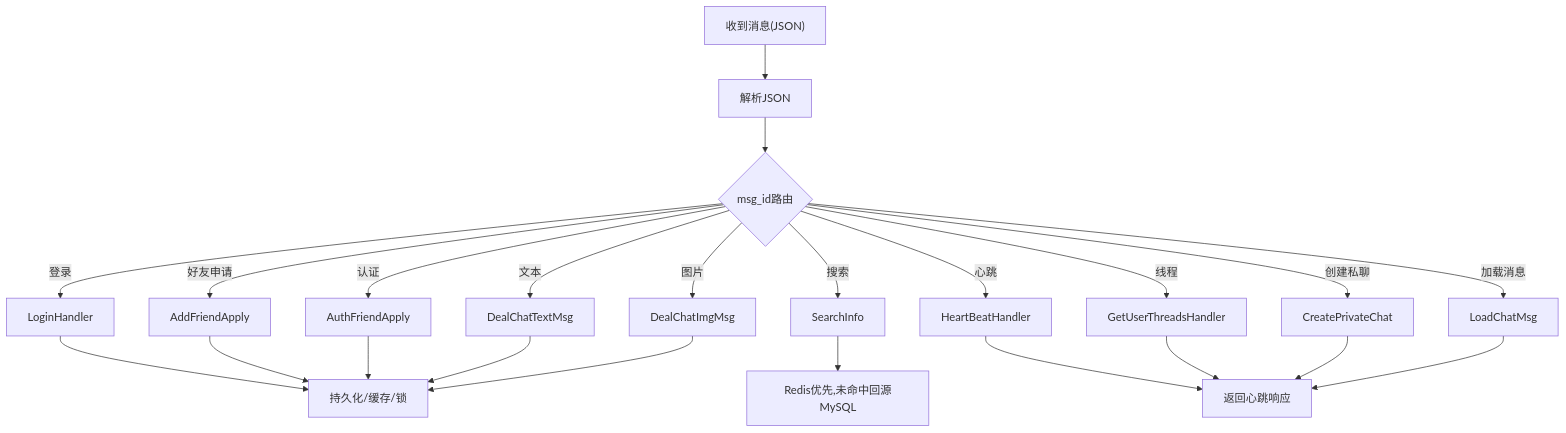
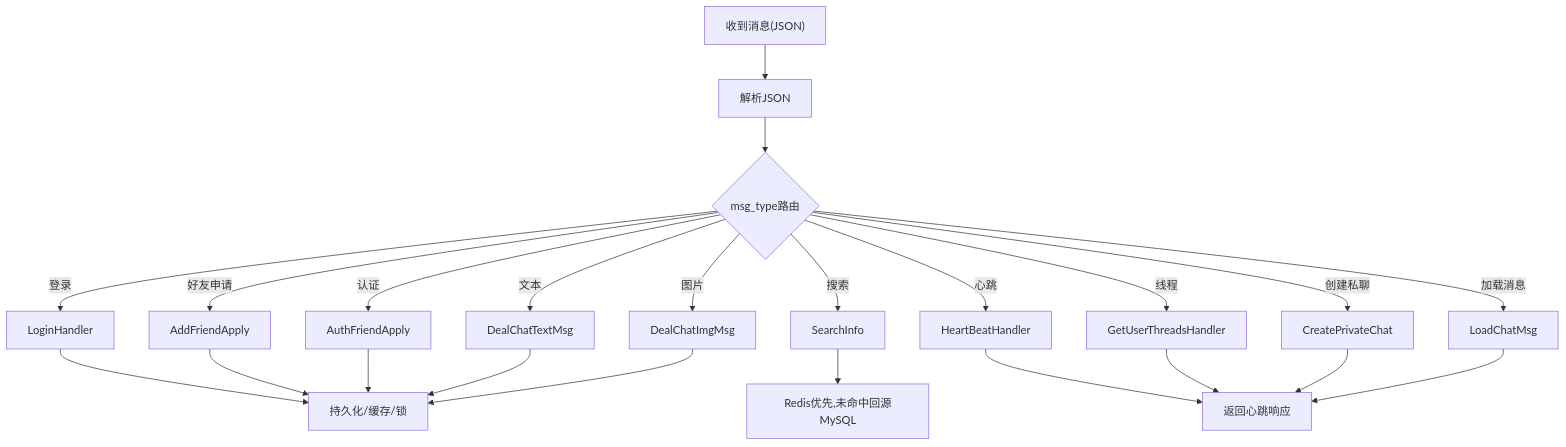
One commit to echo9923/mychatter changed the fifth of 7 diagrams in .qoder/repowiki/zh/content/服务端开发/ChatServer聊天核心服务/业务逻辑系统/业务逻辑系统.md. Above: the diagram before and after it, drawn with Mermaid. The commit also changed other lines of this file and 128 other files, not shown here.

````diff
--- a/.qoder/repowiki/zh/content/服务端开发/ChatServer聊天核心服务/业务逻辑系统/业务逻辑系统.md
+++ b/.qoder/repowiki/zh/content/服务端开发/ChatServer聊天核心服务/业务逻辑系统/业务逻辑系统.md
@@ -239,25 +239,25 @@
 ```mermaid
 flowchart TD
 In["收到消息(JSON)"] --> Parse["解析JSON"]
-Parse --> Route{"msg_id路由"}
+Parse --> Route{"msg_type路由"}
 Route --> |登录| Login["LoginHandler"]
 Route --> |搜索| Search["SearchInfo"]
 Route --> |好友申请| Apply["AddFriendApply"]
 Route --> |认证| Auth["AuthFriendApply"]
 Route --> |文本| Text["DealChatTextMsg"]
 Route --> |图片| Img["DealChatImgMsg"]
 Route --> |心跳| HB["HeartBeatHandler"]
 Route --> |线程| Threads["GetUserThreadsHandler"]
 Route --> |创建私聊| Create["CreatePrivateChat"]
 Route --> |加载消息| Load["LoadChatMsg"]
 Login --> Persist["持久化/缓存/锁"]
 Search --> CacheDB["Redis优先,未命中回源MySQL"]
 Apply --> Persist
 Auth --> Persist
 Text --> Persist
 Img --> Persist
 HB --> Resp["返回心跳响应"]
 Threads --> Resp
 Create --> Resp
 Load --> Resp
 ```
````
